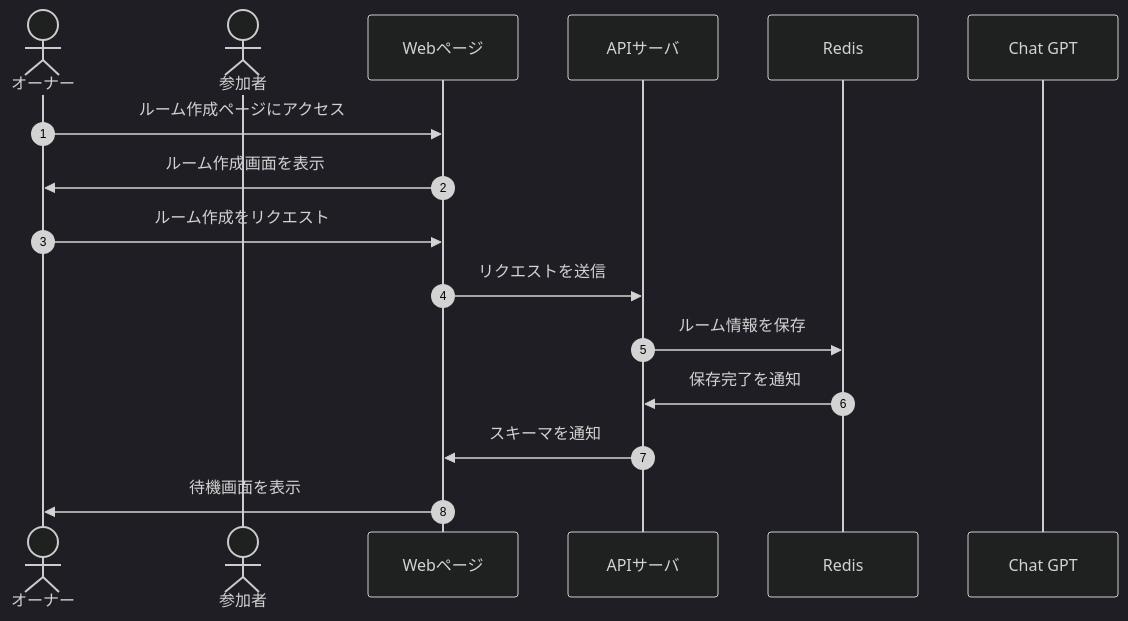
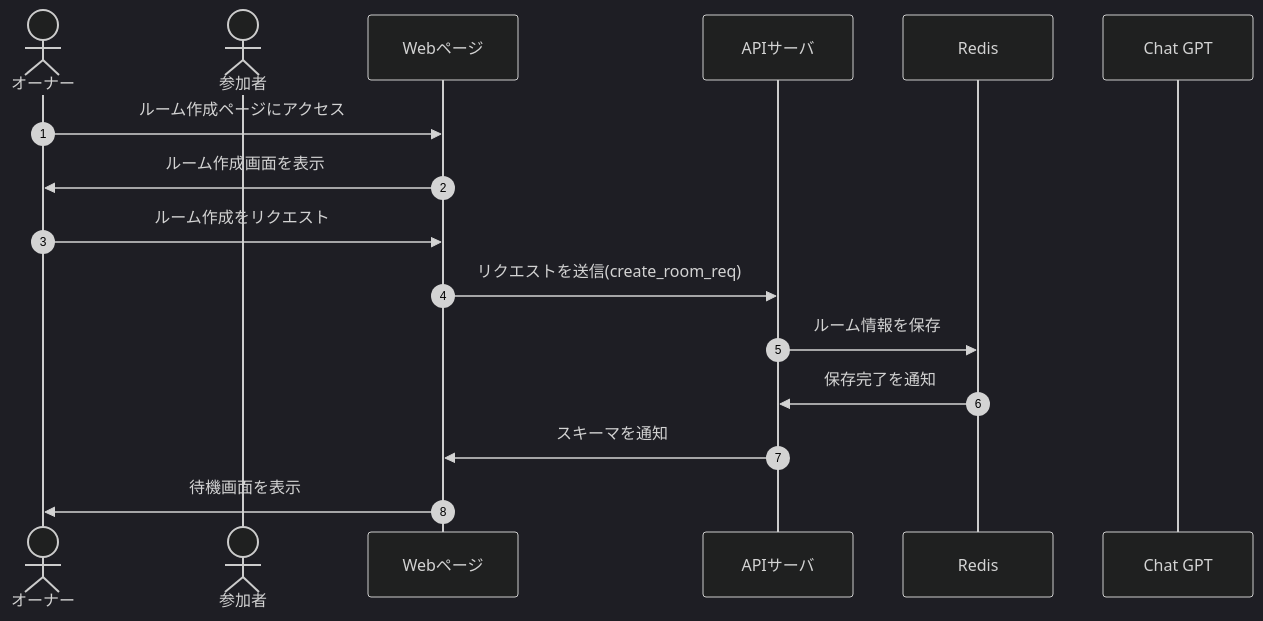
Before and after one commit to Tanakaryuki/chat_wolf: the diagram in docs/DesignDog/01_ルーム作成.md, drawn with Mermaid (dark theme). The commit also changed other lines of this file and 29 other files, not shown here.

Commit message:
docs: 📄 fix Design Doc schema

````diff
--- a/docs/DesignDog/01_ルーム作成.md
+++ b/docs/DesignDog/01_ルーム作成.md
@@ -16,19 +16,19 @@
 ```mermaid
 sequenceDiagram
     autonumber
     actor owner as オーナー
     actor participant as 参加者
     participant front as Webページ
     participant api as APIサーバ
     participant db as Redis
     participant ai as Chat GPT
 
     owner->>front: ルーム作成ページにアクセス
     front->>owner: ルーム作成画面を表示
     owner->>front: ルーム作成をリクエスト
-    front->>api: リクエストを送信
+    front->>api: リクエストを送信(create_room_req)
     api->>db: ルーム情報を保存
     db->>api: 保存完了を通知
     api->>front: スキーマを通知
     front->>owner: 待機画面を表示
 ```
````
